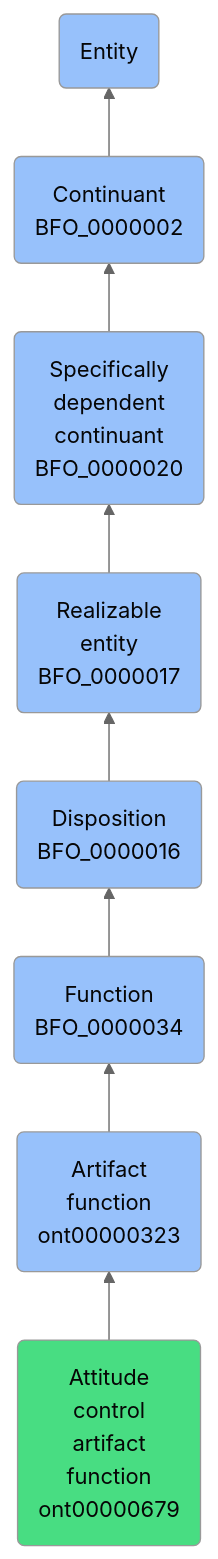
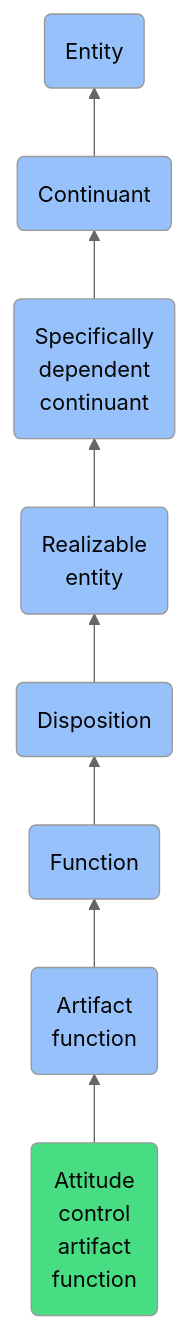
Before and after one commit to jupyter-naas/abi: the diagram in docs/ontology/reference/model/Entity/Continuant/Specifically dependent continuant/Realizable entity/Disposition/Function/Artifact function/Attitude control artifact function/Attitude control artifact function.md, drawn with Mermaid (neutral theme). The commit also changed other lines of this file and 1430 other files, not shown here.

````diff
--- a/docs/ontology/reference/model/Entity/Continuant/Specifically dependent continuant/Realizable entity/Disposition/Function/Artifact function/Attitude control artifact function/Attitude control artifact function.md
+++ b/docs/ontology/reference/model/Entity/Continuant/Specifically dependent continuant/Realizable entity/Disposition/Function/Artifact function/Attitude control artifact function/Attitude control artifact function.md
@@ -24,15 +24,15 @@
 ```mermaid
 graph BT
-    ont00000679(Attitude<br>control<br>artifact<br>function<br>ont00000679):::ABI-->ont00000323
-    ont00000323(Artifact<br>function<br>ont00000323):::BFO-->BFO_0000034
-    BFO_0000034(Function<br>BFO_0000034):::BFO-->BFO_0000016
-    BFO_0000016(Disposition<br>BFO_0000016):::BFO-->BFO_0000017
-    BFO_0000017(Realizable<br>entity<br>BFO_0000017):::BFO-->BFO_0000020
-    BFO_0000020(Specifically<br>dependent<br>continuant<br>BFO_0000020):::BFO-->BFO_0000002
-    BFO_0000002(Continuant<br>BFO_0000002):::BFO-->BFO_0000001
+    ont00000679(Attitude<br>control<br>artifact<br>function):::ABI-->ont00000323
+    ont00000323(Artifact<br>function):::BFO-->BFO_0000034
+    BFO_0000034(Function):::BFO-->BFO_0000016
+    BFO_0000016(Disposition):::BFO-->BFO_0000017
+    BFO_0000017(Realizable<br>entity):::BFO-->BFO_0000020
+    BFO_0000020(Specifically<br>dependent<br>continuant):::BFO-->BFO_0000002
+    BFO_0000002(Continuant):::BFO-->BFO_0000001
     BFO_0000001(Entity):::BFO
     
     classDef BFO fill:#97c1fb,color:#060606
     classDef CCO fill:#e4c51e,color:#060606
     classDef ABI fill:#48DD82,color:#060606
 ```
````
